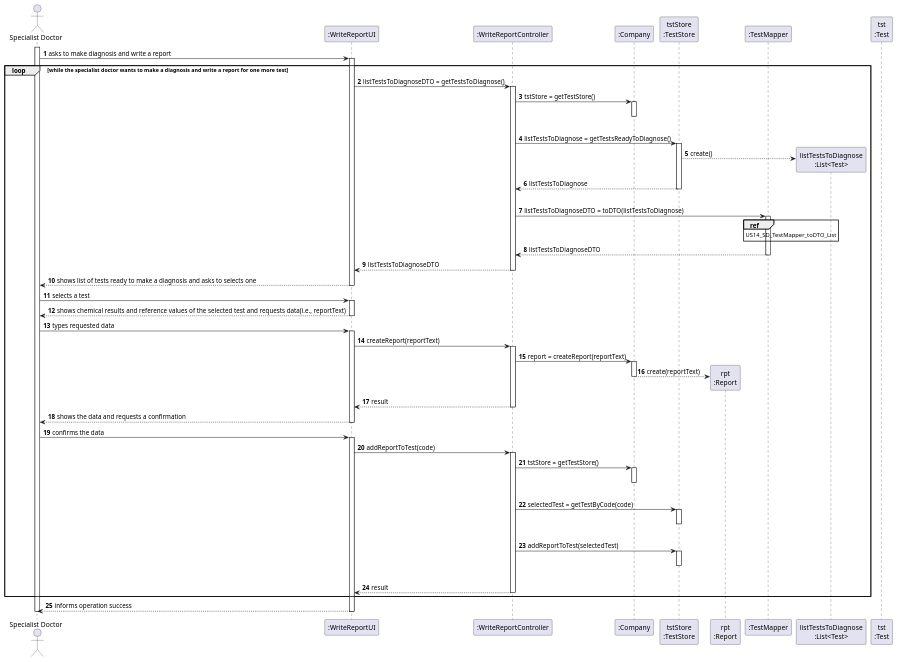
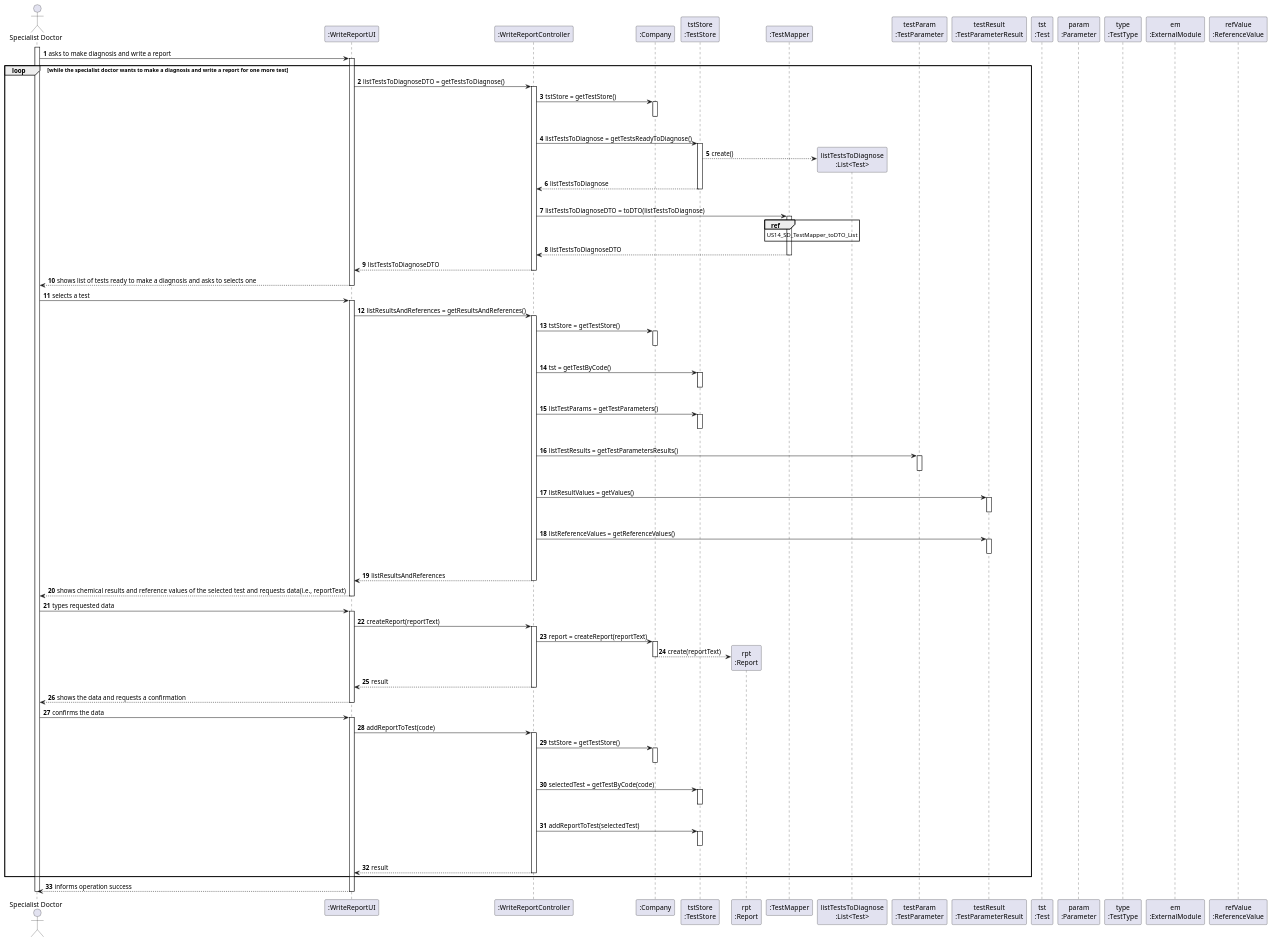
One commit to ana-albergaria/LAPR2-ISEP changed the diagram in docs/SprintC/US_14/US14_SD.puml. Above: the diagram before and after it, drawn with PlantUML. The commit also changed 1 other file, not shown here.

```diff
--- a/docs/SprintC/US_14/US14_SD.puml
+++ b/docs/SprintC/US_14/US14_SD.puml
@@ -1,107 +1,166 @@
 @startuml
 autonumber
 actor "Specialist Doctor" as SPDT
 
 participant ":WriteReportUI" as UI
 participant ":WriteReportController" as CTRL
 participant ":Company" as CMP
 participant "tstStore\n:TestStore" as TSTSTORE
 participant "rpt\n:Report" as RPT
 participant ":TestMapper" as TSTMAPPER
 'participant "objDTO\n:TestsDTO" as OBJ_DTO
 participant "listTestsToDiagnose\n:List<Test>" as LT
 'participant "listTestsToDiagnoseDTO\n:List<TestDTO>" as LIST_DTO
+participant "testParam\n:TestParameter" as TP
+participant "testResult\n:TestParameterResult" as TPR
 participant "tst\n:Test" as TST
+
+participant "param\n:Parameter" as PRM
+participant "type\n:TestType" as TT
+participant "em\n:ExternalModule" as EM
+participant "refValue\n:ReferenceValue" as RV
+
+'lestTestParams
+'lestTestResults
+'listResultValues
+'listReferenceValues
 
 activate SPDT
 SPDT -> UI : asks to make diagnosis and write a report
 activate UI
 loop while the specialist doctor wants to make a diagnosis and write a report for one more test
 UI -> CTRL : listTestsToDiagnoseDTO = getTestsToDiagnose()
 activate CTRL
 
 CTRL -> CMP : tstStore = getTestStore()
 activate CMP
 |||
 deactivate CMP
 
 CTRL -> TSTSTORE : listTestsToDiagnose = getTestsReadyToDiagnose()
 activate TSTSTORE
 
 TSTSTORE --> LT** : create()
 TSTSTORE --> CTRL : listTestsToDiagnose
 deactivate TSTSTORE
 |||
 
 CTRL -> TSTMAPPER : listTestsToDiagnoseDTO = toDTO(listTestsToDiagnose)
 activate TSTMAPPER
 
 ref over TSTMAPPER : US14_SD_TestMapper_toDTO_List
 
 TSTMAPPER --> CTRL : listTestsToDiagnoseDTO
 deactivate TSTMAPPER
 
 CTRL --> UI : listTestsToDiagnoseDTO
 deactivate CTRL
 
 UI --> SPDT : shows list of tests ready to make a diagnosis and asks to selects one
 deactivate UI
 
 'spdt writes the test code in the UI
 'it uses the test code when adding the report
 
 SPDT -> UI : selects a test
 activate UI
+
+UI -> CTRL : listResultsAndReferences = getResultsAndReferences()
+activate CTRL
+
+CTRL -> CMP : tstStore = getTestStore()
+activate CMP
+|||
+deactivate CMP
+
+CTRL -> TSTSTORE : tst = getTestByCode()
+activate TSTSTORE
+|||
+deactivate TSTSTORE
+
+CTRL -> TSTSTORE : listTestParams = getTestParameters()
+activate TSTSTORE
+|||
+deactivate TSTSTORE
+
+CTRL -> TP : listTestResults = getTestParametersResults()
+activate TP
+|||
+deactivate TP
+
+CTRL -> TPR : listResultValues = getValues()
+activate TPR
+|||
+deactivate TPR
+
+CTRL -> TPR : listReferenceValues = getReferenceValues()
+activate TPR
+|||
+deactivate TPR
+
+CTRL --> UI : listResultsAndReferences
+deactivate CTRL
+
+'getTestByCode()
+'getTestParameters()
+'getTestParameterResult()
+'getTestParameterResults()
+'getValue()
+'getReferenceValue()
+'vai ter code.getTestByCode().getTestParameters().getTestParametersResults()
+'vai ter getTestParameterResults().getValues()
+'vai ter getTestParameterResults().getReferenceValues()
+
 
 UI --> SPDT : shows chemical results and reference values of the selected test and requests data(i.e., reportText)
 deactivate UI
 
 SPDT -> UI : types requested data
 activate UI
 
 UI -> CTRL : createReport(reportText)
 activate CTRL
 
 CTRL -> CMP : report = createReport(reportText)
 activate CMP
 
 CMP --> RPT** : create(reportText)
 deactivate CMP
 
 CTRL --> UI : result
 deactivate CTRL
 UI --> SPDT : shows the data and requests a confirmation
 deactivate UI
 
 SPDT -> UI : confirms the data
 activate UI
 
 UI -> CTRL : addReportToTest(code)
 activate CTRL
 
 CTRL -> CMP : tstStore = getTestStore()
 activate CMP
 |||
 deactivate CMP
 
 CTRL -> TSTSTORE : selectedTest = getTestByCode(code)
 activate TSTSTORE
 |||
 deactivate TSTSTORE
 
 CTRL -> TSTSTORE : addReportToTest(selectedTest)
 activate TSTSTORE
 |||
 deactivate TSTSTORE
 
 CTRL --> UI : result
 deactivate CMP
 deactivate CTRL
 
 end
 
 UI --> SPDT : informs operation success
 deactivate UI
 deactivate SPDT
 
 @enduml
```
